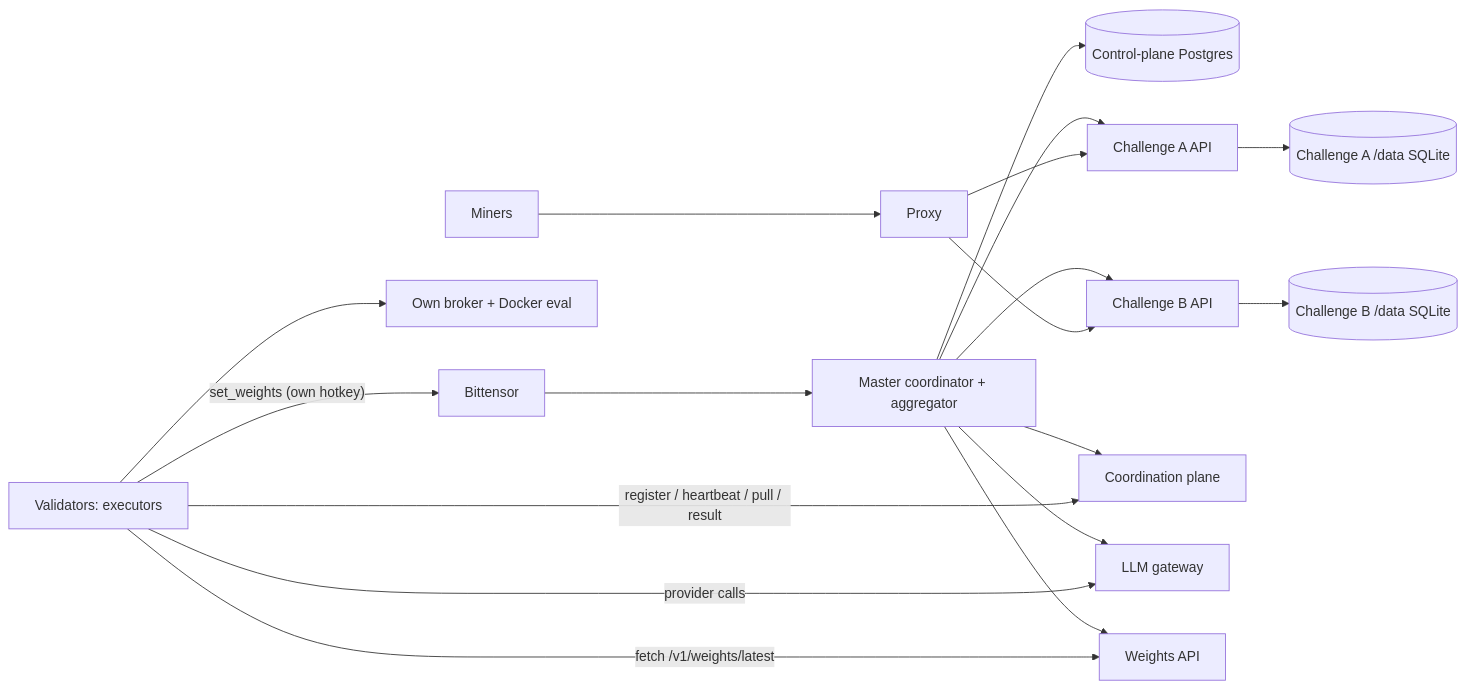
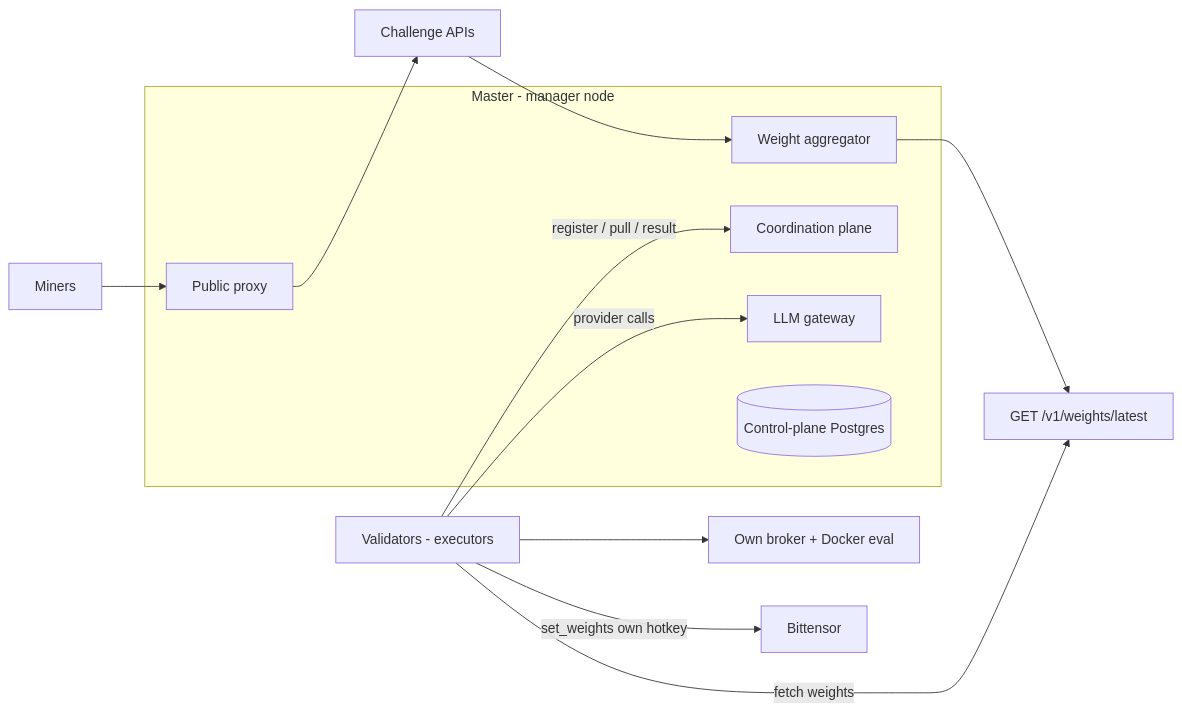
One commit to BaseIntelligence/base changed the diagram in README.md. Above: the diagram before and after it, drawn with Mermaid. The commit also changed other lines of this file and 13 other files, not shown here.

First line of the commit message:
docs(base): slim README and tighten docs with mermaid; move deploy quickstart to docs/deploy.md

````diff
--- a/README.md
+++ b/README.md
@@ -87,20 +44,21 @@
 ```mermaid
 flowchart LR
-    BT[Bittensor] --> M[Master coordinator + aggregator]
-    M --> PG[(Control-plane Postgres)]
-    M --> C1[Challenge A API]
-    M --> C2[Challenge B API]
-    C1 --> D1[(Challenge A /data SQLite)]
-    C2 --> D2[(Challenge B /data SQLite)]
-    M --> CP[Coordination plane]
-    M --> GW[LLM gateway]
-    V[Validators: executors] -- register / heartbeat / pull / result --> CP
+    U[Miners] --> P[Public proxy]
+    P --> CH[Challenge APIs]
+    CH --> AG[Weight aggregator]
+
+    subgraph MASTER [Master - manager node]
+        P
+        CP[Coordination plane]
+        GW[LLM gateway]
+        AG
+        PG[(Control-plane Postgres)]
+    end
+
+    V[Validators - executors] -- register / pull / result --> CP
     V -- provider calls --> GW
     V --> VB[Own broker + Docker eval]
-    U[Miners] --> P[Proxy]
-    P --> C1
-    P --> C2
-    M --> W[Weights API]
-    V -- fetch /v1/weights/latest --> W
-    V -- set_weights (own hotkey) --> BT
+    AG --> W[GET /v1/weights/latest]
+    V -- fetch weights --> W
+    V -- set_weights own hotkey --> BT[Bittensor]
 ```
````
